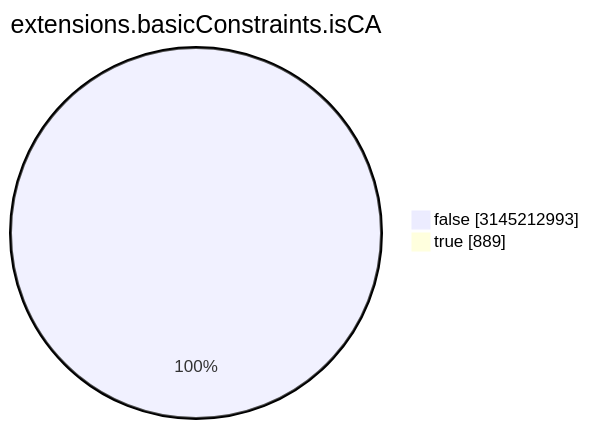
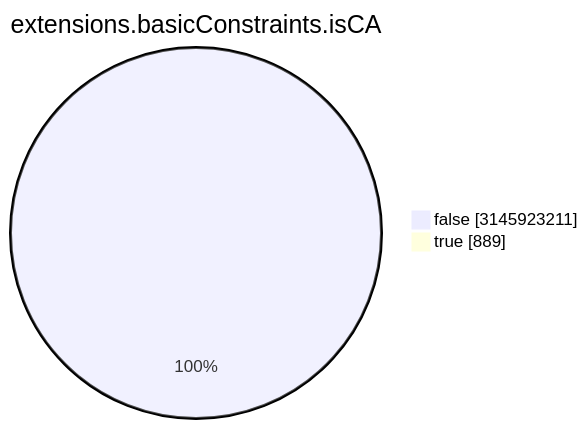
The seventh of 15 diagrams in TOTAL/README.md (christiankrug/ctmonitor_visualization), drawn with Mermaid before and after one commit. The commit also changed other lines of this file, not shown here.

````diff
--- a/TOTAL/README.md
+++ b/TOTAL/README.md
@@ -3088,6 +3088,6 @@
 ```mermaid
 pie showData
 title extensions.basicConstraints.isCA
-"false" :3145212993
+"false" :3145923211
 "true" :889
 ```
````
